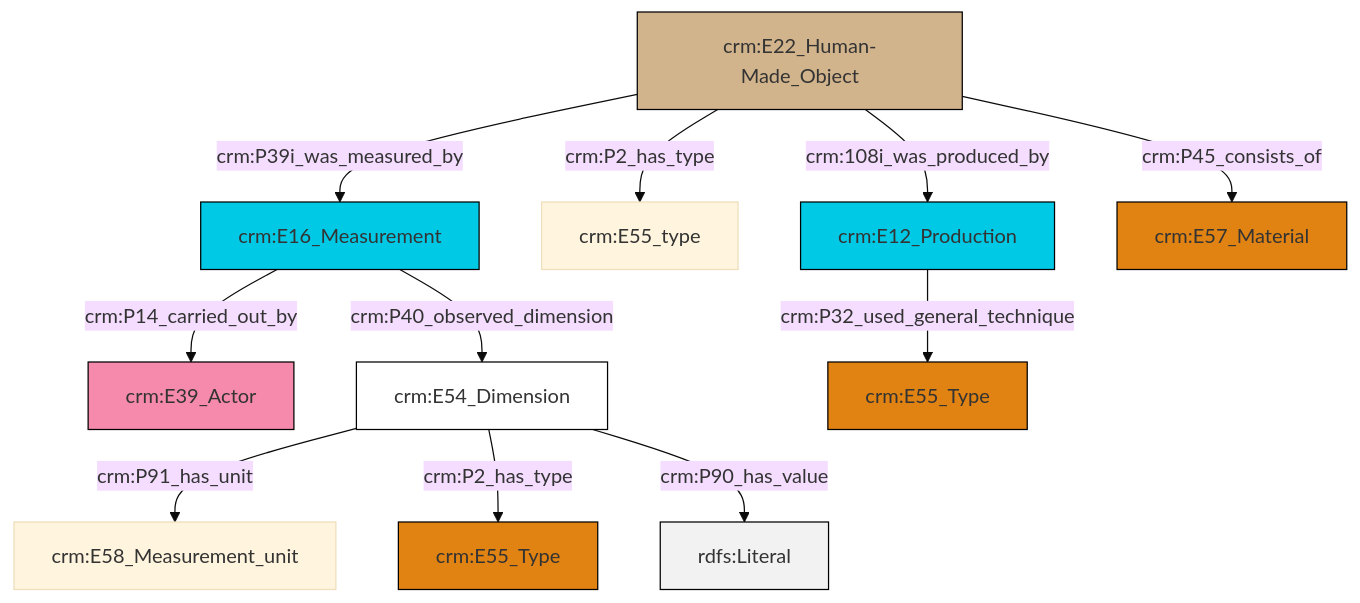
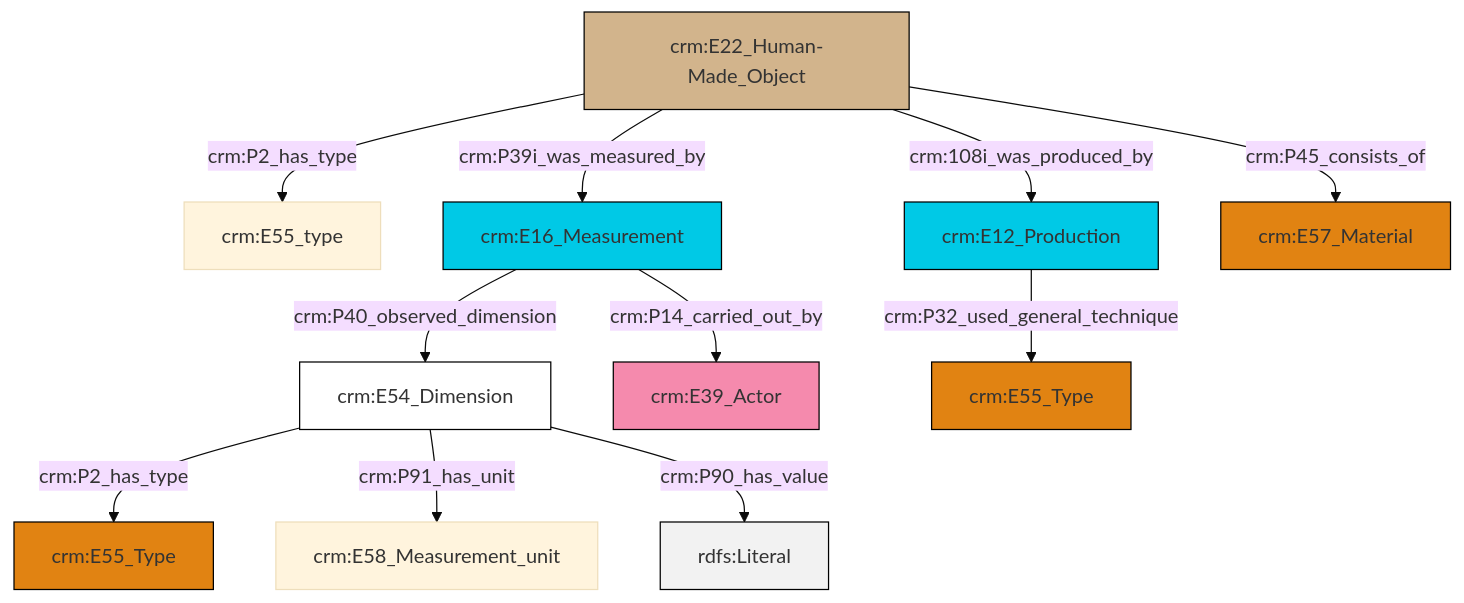
Before and after one commit to swiss-art-research-net/reference-data-models: the diagram in et/artworkCSV/ttl/mmd/Artwork_substance.ttl.mmd, drawn with Mermaid (base theme). The commit also changed 122 other files, not shown here.

```diff
--- a/et/artworkCSV/ttl/mmd/Artwork_substance.ttl.mmd
+++ b/et/artworkCSV/ttl/mmd/Artwork_substance.ttl.mmd
@@ -1,25 +1,25 @@
 graph TD
 classDef Literal fill:#f2f2f2,stroke:#000000;
 classDef CRM_Entity fill:#FFFFFF,stroke:#000000;
 classDef Temporal_Entity fill:#00C9E6, stroke:#000000;
 classDef Type fill:#E18312, stroke:#000000;
 classDef Time-Span fill:#2C9C91, stroke:#000000;
 classDef Appellation fill:#FFEB7F, stroke:#000000;
 classDef Place fill:#008836, stroke:#000000;
 classDef Persistent_Item fill:#B266B2, stroke:#000000;
 classDef Conceptual_Object fill:#FFD700, stroke:#000000;
 classDef Physical_Thing fill:#D2B48C, stroke:#000000;
 classDef Actor fill:#f58aad, stroke:#000000;
 classDef PC_Classes fill:#4ce600, stroke:#000000;
 classDef Multi fill:#cccccc,stroke:#000000;
 
-0["crm:E16_Measurement"]:::Temporal_Entity -->|crm:P14_carried_out_by| 1["crm:E39_Actor"]:::Actor
-6["crm:E54_Dimension"]:::CRM_Entity -->|crm:P91_has_unit| 7["crm:E58_Measurement_unit"]:::Default
-10["crm:E12_Production"]:::Temporal_Entity -->|crm:P32_used_general_technique| 11["crm:E55_Type"]:::Type
-4["crm:E22_Human-Made_Object"]:::Physical_Thing -->|crm:P2_has_type| 8["crm:E55_type"]:::Default
-6["crm:E54_Dimension"]:::CRM_Entity -->|crm:P2_has_type| 2["crm:E55_Type"]:::Type
-6["crm:E54_Dimension"]:::CRM_Entity -->|crm:P90_has_value| 15[rdfs:Literal]:::Literal
-4["crm:E22_Human-Made_Object"]:::Physical_Thing -->|crm:P45_consists_of| 16["crm:E57_Material"]:::Type
-0["crm:E16_Measurement"]:::Temporal_Entity -->|crm:P40_observed_dimension| 6["crm:E54_Dimension"]:::CRM_Entity
+8["crm:E16_Measurement"]:::Temporal_Entity -->|crm:P40_observed_dimension| 2["crm:E54_Dimension"]:::CRM_Entity
+2["crm:E54_Dimension"]:::CRM_Entity -->|crm:P2_has_type| 9["crm:E55_Type"]:::Type
 4["crm:E22_Human-Made_Object"]:::Physical_Thing -->|crm:108i_was_produced_by| 10["crm:E12_Production"]:::Temporal_Entity
-4["crm:E22_Human-Made_Object"]:::Physical_Thing -->|crm:P39i_was_measured_by| 0["crm:E16_Measurement"]:::Temporal_Entity
+4["crm:E22_Human-Made_Object"]:::Physical_Thing -->|crm:P39i_was_measured_by| 8["crm:E16_Measurement"]:::Temporal_Entity
+10["crm:E12_Production"]:::Temporal_Entity -->|crm:P32_used_general_technique| 12["crm:E55_Type"]:::Type
+8["crm:E16_Measurement"]:::Temporal_Entity -->|crm:P14_carried_out_by| 6["crm:E39_Actor"]:::Actor
+4["crm:E22_Human-Made_Object"]:::Physical_Thing -->|crm:P45_consists_of| 15["crm:E57_Material"]:::Type
+2["crm:E54_Dimension"]:::CRM_Entity -->|crm:P91_has_unit| 13["crm:E58_Measurement_unit"]:::Default
+2["crm:E54_Dimension"]:::CRM_Entity -->|crm:P90_has_value| 18[rdfs:Literal]:::Literal
+4["crm:E22_Human-Made_Object"]:::Physical_Thing -->|crm:P2_has_type| 0["crm:E55_type"]:::Default
```
